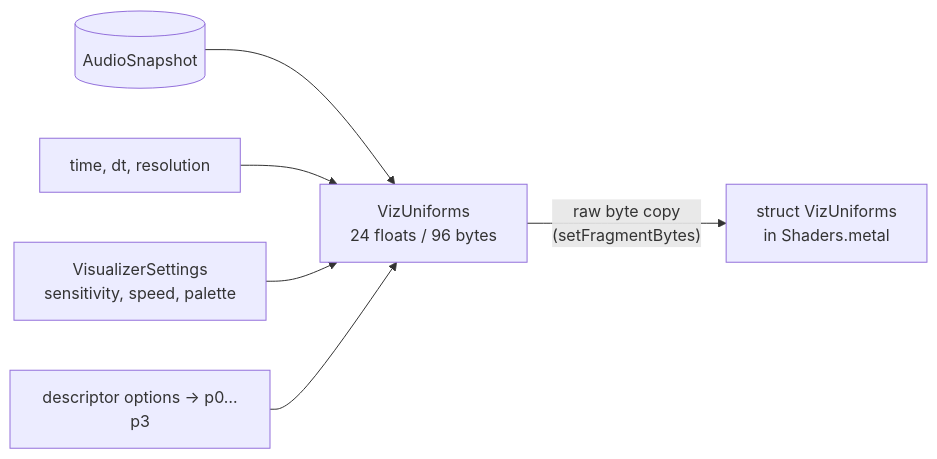
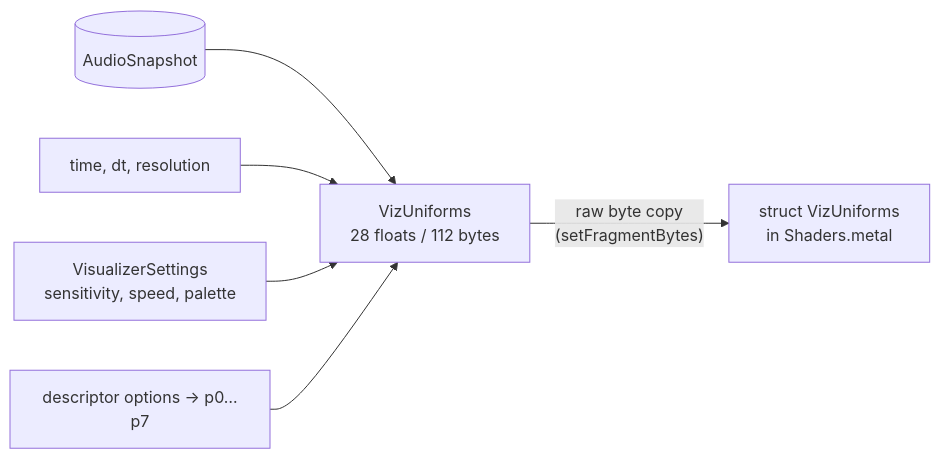
One commit to jonjaques/synesthia changed the second of 2 diagrams in docs/rendering.md. Above: the diagram before and after it, drawn with Mermaid. The commit also changed other lines of this file and 18 other files, not shown here.

````diff
--- a/docs/rendering.md
+++ b/docs/rendering.md
@@ -92,8 +105,8 @@
 ```mermaid
 flowchart LR
     SNAP[("AudioSnapshot")] --> U
     CLOCK["time, dt, resolution"] --> U
     TUNE["VisualizerSettings<br>sensitivity, speed, palette"] --> U
-    OPTS["descriptor options → p0…p3"] --> U
-    U["VizUniforms<br>24 floats / 96 bytes"] -- "raw byte copy<br>(setFragmentBytes)" --> MSL["struct VizUniforms<br>in Shaders.metal"]
+    OPTS["descriptor options → p0…p7"] --> U
+    U["VizUniforms<br>28 floats / 112 bytes"] -- "raw byte copy<br>(setFragmentBytes)" --> MSL["struct VizUniforms<br>in Shaders.metal"]
 ```
````
